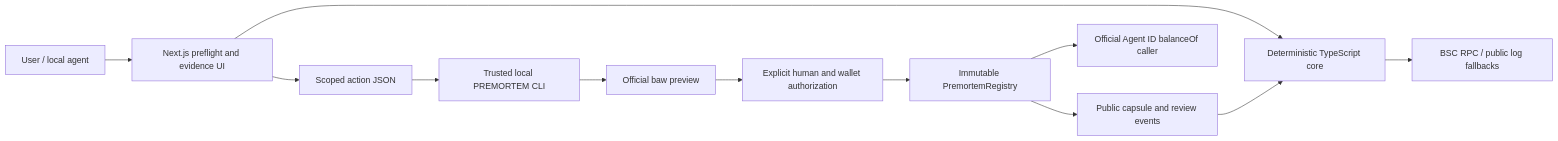
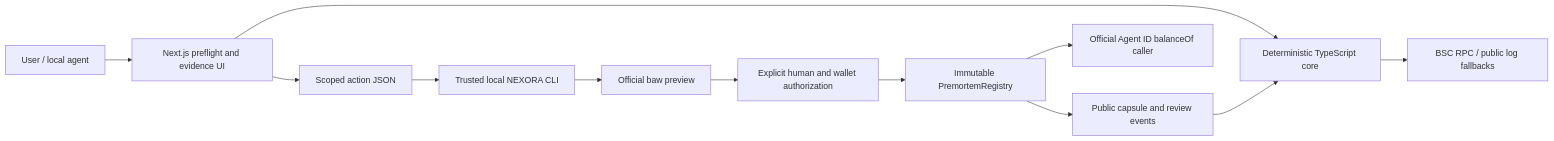
The diagram in README.md (eshaanvgupta/premortem), drawn with Mermaid before and after one commit. The commit also changed other lines of this file and 87 other files, not shown here.

````diff
--- a/README.md
+++ b/README.md
@@ -82,14 +90,14 @@
 ```mermaid
 flowchart LR
   User[User / local agent] --> Lab[Next.js preflight and evidence UI]
   Lab --> Core[Deterministic TypeScript core]
   Core --> RPC[BSC RPC / public log fallbacks]
   Lab --> File[Scoped action JSON]
-  File --> CLI[Trusted local PREMORTEM CLI]
+  File --> CLI[Trusted local NEXORA CLI]
   CLI --> BAW[Official baw preview]
   BAW --> Confirm[Explicit human and wallet authorization]
   Confirm --> Registry[Immutable PremortemRegistry]
   Registry --> ID[Official Agent ID balanceOf caller]
   Registry --> Logs[Public capsule and review events]
   Logs --> Core
 ```
````
